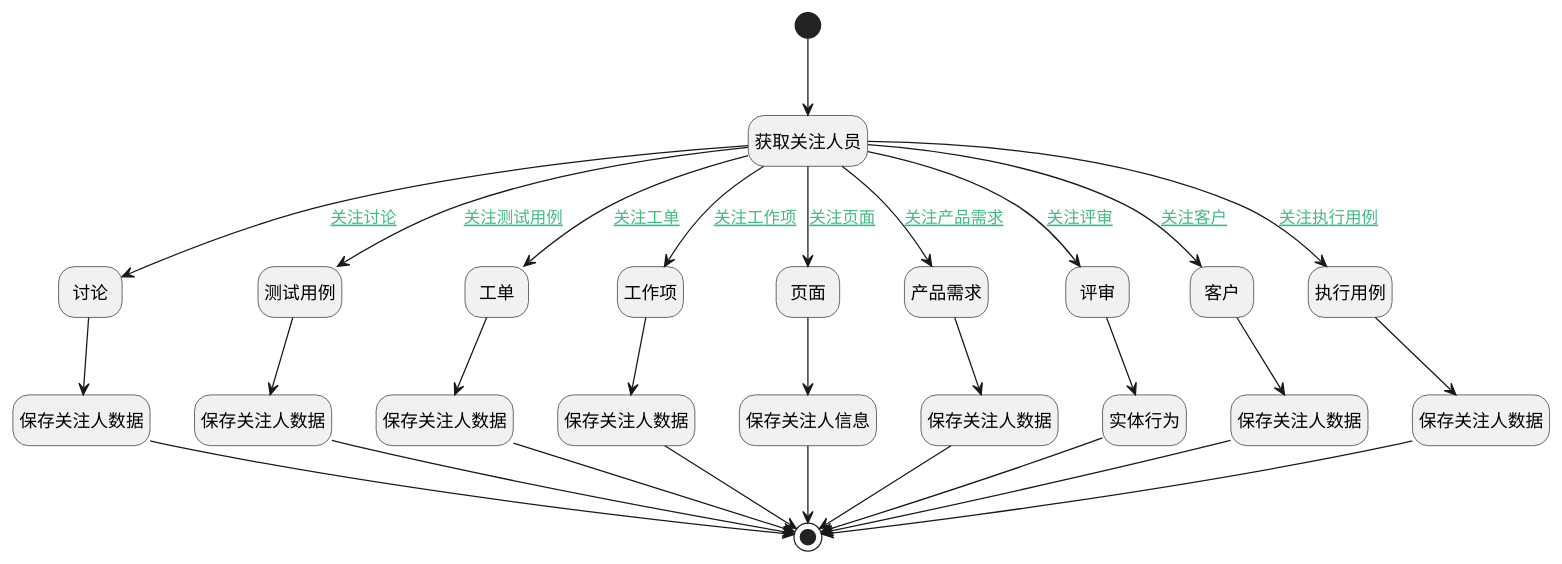
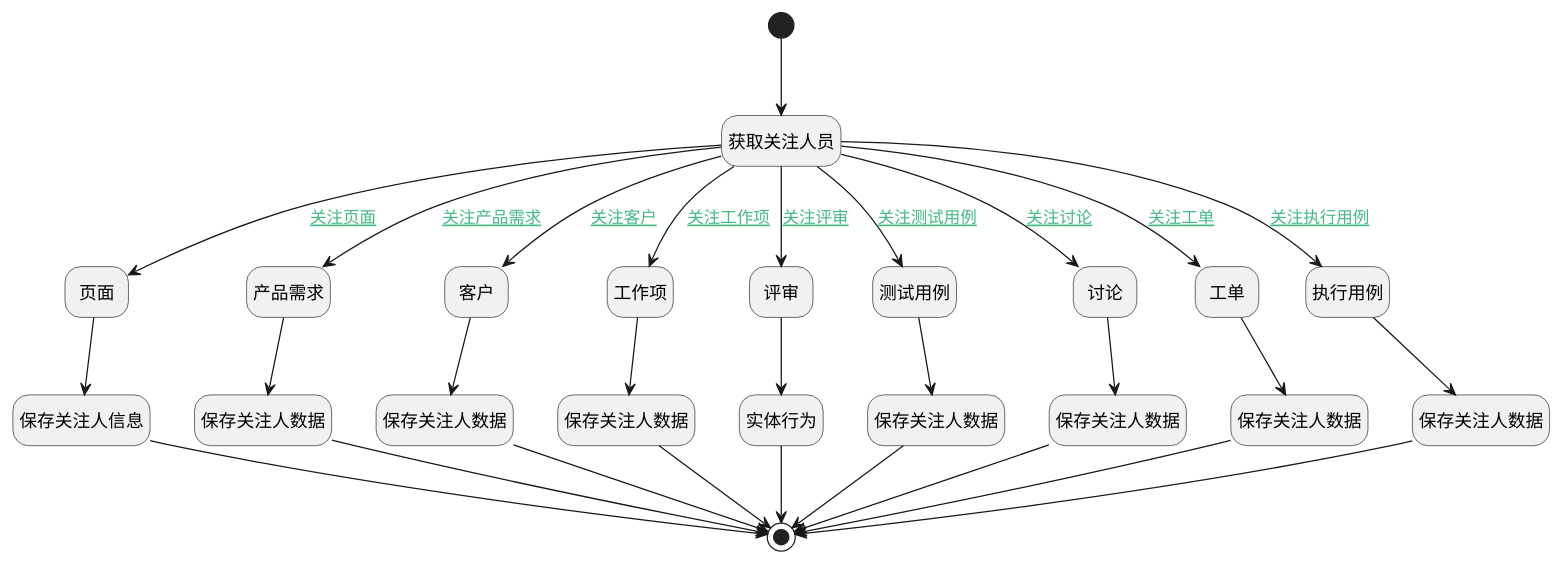
Before and after one commit to iBizLab/plm: the diagram in doc/docsify/module/ProjMgmt/work_item/uilogic/attention_personnel_update.md, drawn with PlantUML. The commit also changed other lines of this file and 713 other files, not shown here.

````diff
--- a/doc/docsify/module/ProjMgmt/work_item/uilogic/attention_personnel_update.md
+++ b/doc/docsify/module/ProjMgmt/work_item/uilogic/attention_personnel_update.md
@@ -7,65 +7,65 @@
 ```plantuml
 @startuml
 hide footbox
 <style>
 root {
   HyperlinkColor #42b983
 }
 </style>
 
 hide empty description
 state "开始" as Begin <<start>> [[$./attention_personnel_update#begin {开始}]]
-state "讨论" as PREPAREJSPARAM9  [[$./attention_personnel_update#preparejsparam9 {讨论}]]
-state "获取关注人员" as PREPAREJSPARAM2  [[$./attention_personnel_update#preparejsparam2 {获取关注人员}]]
-state "测试用例" as PREPAREJSPARAM7  [[$./attention_personnel_update#preparejsparam7 {测试用例}]]
-state "工单" as PREPAREJSPARAM4  [[$./attention_personnel_update#preparejsparam4 {工单}]]
+state "保存关注人数据" as DEACTION3  [[$./attention_personnel_update#deaction3 {保存关注人数据}]]
+state "保存关注人数据" as DEACTION5  [[$./attention_personnel_update#deaction5 {保存关注人数据}]]
+state "页面" as PREPAREJSPARAM8  [[$./attention_personnel_update#preparejsparam8 {页面}]]
 state "保存关注人信息" as DEACTION7  [[$./attention_personnel_update#deaction7 {保存关注人信息}]]
+state "实体行为" as DEACTION9  [[$./attention_personnel_update#deaction9 {实体行为}]]
 state "保存关注人数据" as DEACTION8  [[$./attention_personnel_update#deaction8 {保存关注人数据}]]
-state "保存关注人数据" as DEACTION5  [[$./attention_personnel_update#deaction5 {保存关注人数据}]]
-state "工作项" as PREPAREJSPARAM1  [[$./attention_personnel_update#preparejsparam1 {工作项}]]
-state "保存关注人数据" as DEACTION2  [[$./attention_personnel_update#deaction2 {保存关注人数据}]]
-state "结束" as END1 <<end>> [[$./attention_personnel_update#end1 {结束}]]
-state "页面" as PREPAREJSPARAM8  [[$./attention_personnel_update#preparejsparam8 {页面}]]
-state "实体行为" as DEACTION9  [[$./attention_personnel_update#deaction9 {实体行为}]]
 state "产品需求" as PREPAREJSPARAM3  [[$./attention_personnel_update#preparejsparam3 {产品需求}]]
-state "保存关注人数据" as DEACTION1  [[$./attention_personnel_update#deaction1 {保存关注人数据}]]
-state "保存关注人数据" as DEACTION4  [[$./attention_personnel_update#deaction4 {保存关注人数据}]]
-state "保存关注人数据" as DEACTION3  [[$./attention_personnel_update#deaction3 {保存关注人数据}]]
-state "评审" as PREPAREJSPARAM10  [[$./attention_personnel_update#preparejsparam10 {评审}]]
 state "客户" as PREPAREJSPARAM5  [[$./attention_personnel_update#preparejsparam5 {客户}]]
 state "保存关注人数据" as DEACTION6  [[$./attention_personnel_update#deaction6 {保存关注人数据}]]
+state "保存关注人数据" as DEACTION1  [[$./attention_personnel_update#deaction1 {保存关注人数据}]]
+state "获取关注人员" as PREPAREJSPARAM2  [[$./attention_personnel_update#preparejsparam2 {获取关注人员}]]
+state "工作项" as PREPAREJSPARAM1  [[$./attention_personnel_update#preparejsparam1 {工作项}]]
+state "评审" as PREPAREJSPARAM10  [[$./attention_personnel_update#preparejsparam10 {评审}]]
+state "测试用例" as PREPAREJSPARAM7  [[$./attention_personnel_update#preparejsparam7 {测试用例}]]
+state "保存关注人数据" as DEACTION4  [[$./attention_personnel_update#deaction4 {保存关注人数据}]]
+state "讨论" as PREPAREJSPARAM9  [[$./attention_personnel_update#preparejsparam9 {讨论}]]
+state "工单" as PREPAREJSPARAM4  [[$./attention_personnel_update#preparejsparam4 {工单}]]
+state "结束" as END1 <<end>> [[$./attention_personnel_update#end1 {结束}]]
 state "执行用例" as PREPAREJSPARAM6  [[$./attention_personnel_update#preparejsparam6 {执行用例}]]
+state "保存关注人数据" as DEACTION2  [[$./attention_personnel_update#deaction2 {保存关注人数据}]]
 
 
 Begin --> PREPAREJSPARAM2
 PREPAREJSPARAM2 --> PREPAREJSPARAM1 : [[$./attention_personnel_update#preparejsparam2-preparejsparam1{关注工作项} 关注工作项]]
 PREPAREJSPARAM1 --> DEACTION1
 DEACTION1 --> END1
 PREPAREJSPARAM2 --> PREPAREJSPARAM3 : [[$./attention_personnel_update#preparejsparam2-preparejsparam3{关注产品需求} 关注产品需求]]
 PREPAREJSPARAM3 --> DEACTION2
 DEACTION2 --> END1
 PREPAREJSPARAM2 --> PREPAREJSPARAM4 : [[$./attention_personnel_update#preparejsparam2-preparejsparam4{关注工单} 关注工单]]
 PREPAREJSPARAM4 --> DEACTION3
 DEACTION3 --> END1
 PREPAREJSPARAM2 --> PREPAREJSPARAM5 : [[$./attention_personnel_update#preparejsparam2-preparejsparam5{关注客户} 关注客户]]
 PREPAREJSPARAM5 --> DEACTION4
 DEACTION4 --> END1
 PREPAREJSPARAM2 --> PREPAREJSPARAM7 : [[$./attention_personnel_update#preparejsparam2-preparejsparam7{关注测试用例} 关注测试用例]]
 PREPAREJSPARAM7 --> DEACTION5
 DEACTION5 --> END1
 PREPAREJSPARAM2 --> PREPAREJSPARAM6 : [[$./attention_personnel_update#preparejsparam2-preparejsparam6{关注执行用例} 关注执行用例]]
 PREPAREJSPARAM6 --> DEACTION6
 DEACTION6 --> END1
 PREPAREJSPARAM2 --> PREPAREJSPARAM8 : [[$./attention_personnel_update#preparejsparam2-preparejsparam8{关注页面} 关注页面]]
 PREPAREJSPARAM8 --> DEACTION7
 DEACTION7 --> END1
 PREPAREJSPARAM2 --> PREPAREJSPARAM9 : [[$./attention_personnel_update#preparejsparam2-preparejsparam9{关注讨论} 关注讨论]]
 PREPAREJSPARAM9 --> DEACTION8
 DEACTION8 --> END1
 PREPAREJSPARAM2 --> PREPAREJSPARAM10 : [[$./attention_personnel_update#preparejsparam2-preparejsparam10{关注评审} 关注评审]]
 PREPAREJSPARAM10 --> DEACTION9
 DEACTION9 --> END1
 
 
 @enduml
 ```
````
